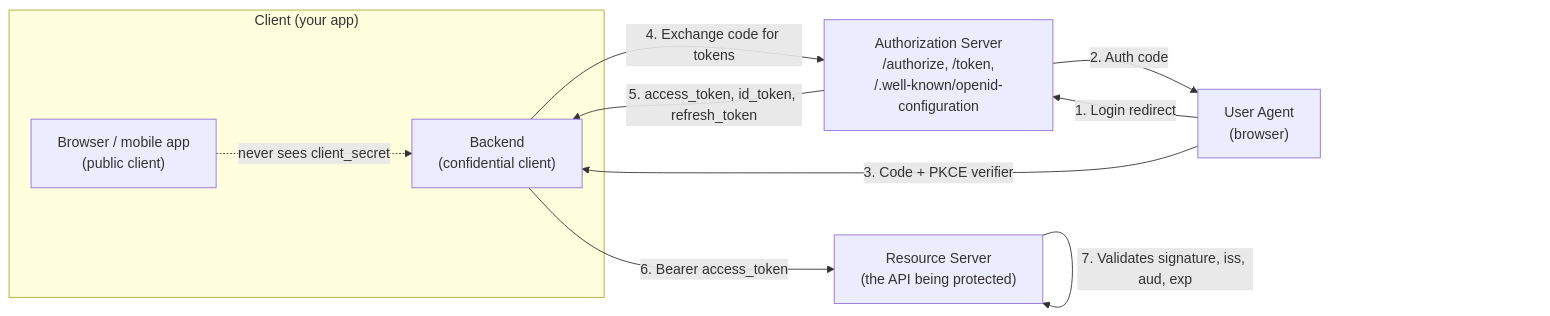
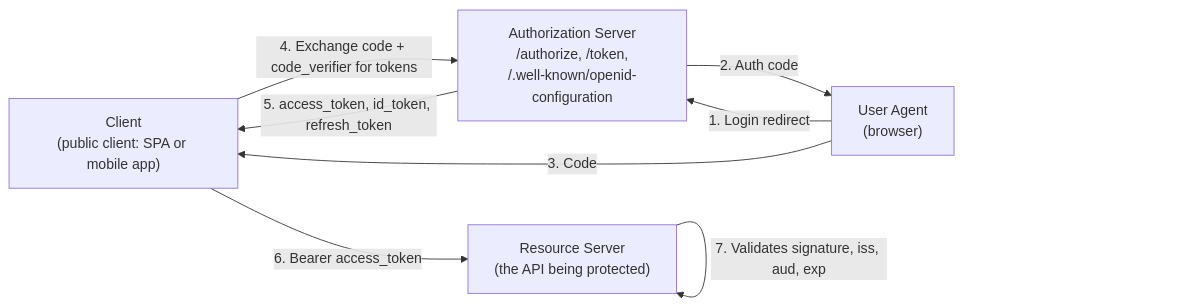
The first of 2 diagrams in docs/security/oauth2-oidc.md (sanketn26/interview-prep), drawn with Mermaid before and after one commit. The commit also changed other lines of this file and 1 other file, not shown here.

Commit message:
Fix diagram/walkthrough mismatch, add DPoP and nbf, cross-link deep dives
- oauth2-oidc.md: architecture diagram now matches the public-client
  PKCE walkthrough it precedes (drops the confidential-client/
  client_secret framing that contradicted the step-by-step code)
- oauth2-oidc.md: add DPoP (RFC 9449) callout near refresh-token
  rotation explaining sender-constrained tokens close the "stolen
  bearer token is usable for the full TTL" gap
- oauth2-oidc.md: add nbf as a 6th JWT validation check, consistent
  with the existing signature/iss/aud/exp/nonce checklist
- authentication-authorization.md: add "Going deeper" pointers near
  the JWT and OAuth2 sections linking forward to the new
  session-management.md and oauth2-oidc.md deep dives

````diff
--- a/docs/security/oauth2-oidc.md
+++ b/docs/security/oauth2-oidc.md
@@ -66,19 +66,15 @@
 ```mermaid
 flowchart LR
-    subgraph Client["Client (your app)"]
-        SPA["Browser / mobile app\n(public client)"]
-        BE["Backend\n(confidential client)"]
-    end
+    C["Client\n(public client: SPA or mobile app)"]
     UA["User Agent\n(browser)"]
     AS["Authorization Server\n/authorize, /token,\n/.well-known/openid-configuration"]
     RS["Resource Server\n(the API being protected)"]
 
     UA -- "1. Login redirect" --> AS
     AS -- "2. Auth code" --> UA
-    UA -- "3. Code + PKCE verifier" --> BE
-    BE -- "4. Exchange code for tokens" --> AS
-    AS -- "5. access_token, id_token, refresh_token" --> BE
-    BE -- "6. Bearer access_token" --> RS
+    UA -- "3. Code" --> C
+    C -- "4. Exchange code + code_verifier for tokens" --> AS
+    AS -- "5. access_token, id_token, refresh_token" --> C
+    C -- "6. Bearer access_token" --> RS
     RS -- "7. Validates signature, iss, aud, exp" --> RS
-    SPA -.->|"never sees client_secret"| BE
 ```
````
